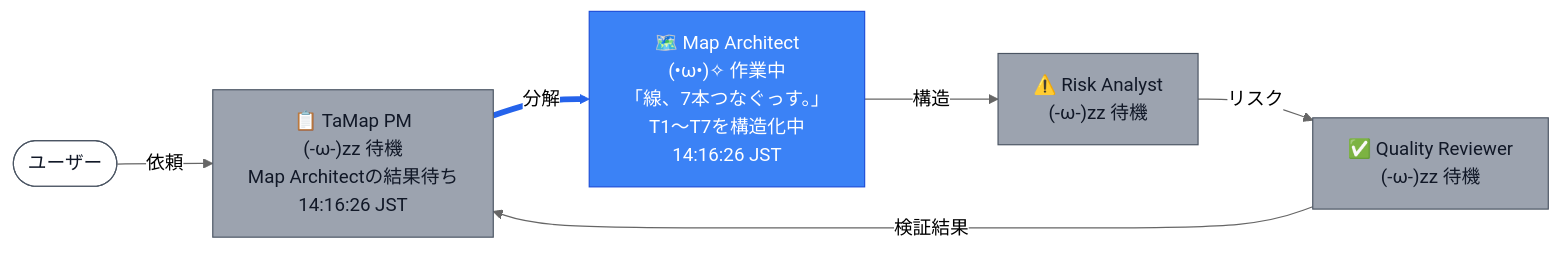
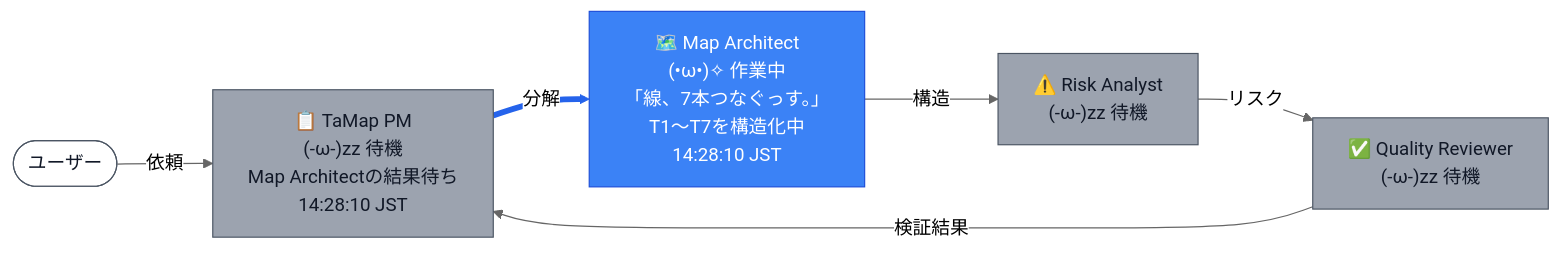
Before and after one commit to nekomario28/tamap: the fifth of 11 diagrams in docs/sample_output.md, drawn with Mermaid (neutral theme). The commit also changed other lines of this file and 8 other files, not shown here.

````diff
--- a/docs/sample_output.md
+++ b/docs/sample_output.md
@@ -152,22 +152,22 @@
 ```mermaid
 flowchart LR
   U(["ユーザー"])
-  PM["📋 TaMap PM<br>(-ω-)zz 待機<br>Map Architectの結果待ち<br>14:16:26 JST"]
-  MA["🗺️ Map Architect<br>(•ω•)✧ 作業中<br>「線、7本つなぐっす。」<br>T1〜T7を構造化中<br>14:16:26 JST"]
+  PM["📋 TaMap PM<br>(-ω-)zz 待機<br>Map Architectの結果待ち<br>14:28:10 JST"]
+  MA["🗺️ Map Architect<br>(•ω•)✧ 作業中<br>「線、7本つなぐっす。」<br>T1〜T7を構造化中<br>14:28:10 JST"]
   RA["⚠️ Risk Analyst<br>(-ω-)zz 待機"]
   QR["✅ Quality Reviewer<br>(-ω-)zz 待機"]
   U -- 依頼 --> PM
   PM -- 分解 --> MA
   MA -- 構造 --> RA
   RA -- リスク --> QR
   QR -- 検証結果 --> PM
   classDef idle fill:#9ca3af,stroke:#4b5563,color:#111827
   classDef working fill:#3b82f6,stroke:#1d4ed8,color:#ffffff
   classDef done fill:#22c55e,stroke:#15803d,color:#ffffff
   classDef error fill:#ef4444,stroke:#991b1b,color:#ffffff
   classDef user fill:#ffffff,stroke:#4b5563,color:#111827
   class U user
   class PM,RA,QR idle
   class MA working
   linkStyle 1 stroke:#2563eb,stroke-width:5px
 ```
````
